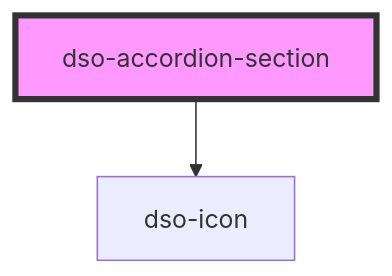
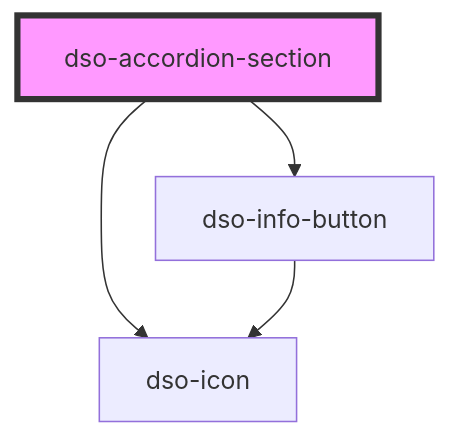
The diagram in packages/core/src/components/accordion/components/readme.md (dso-toolkit/dso-toolkit), drawn with Mermaid before and after one commit. The commit also changed other lines of this file and 13 other files, not shown here.

````diff
--- a/packages/core/src/components/accordion/components/readme.md
+++ b/packages/core/src/components/accordion/components/readme.md
@@ -50,5 +51,7 @@
 ```mermaid
 graph TD;
   dso-accordion-section --> dso-icon
+  dso-accordion-section --> dso-info-button
+  dso-info-button --> dso-icon
   style dso-accordion-section fill:#f9f,stroke:#333,stroke-width:4px
 ```
````
